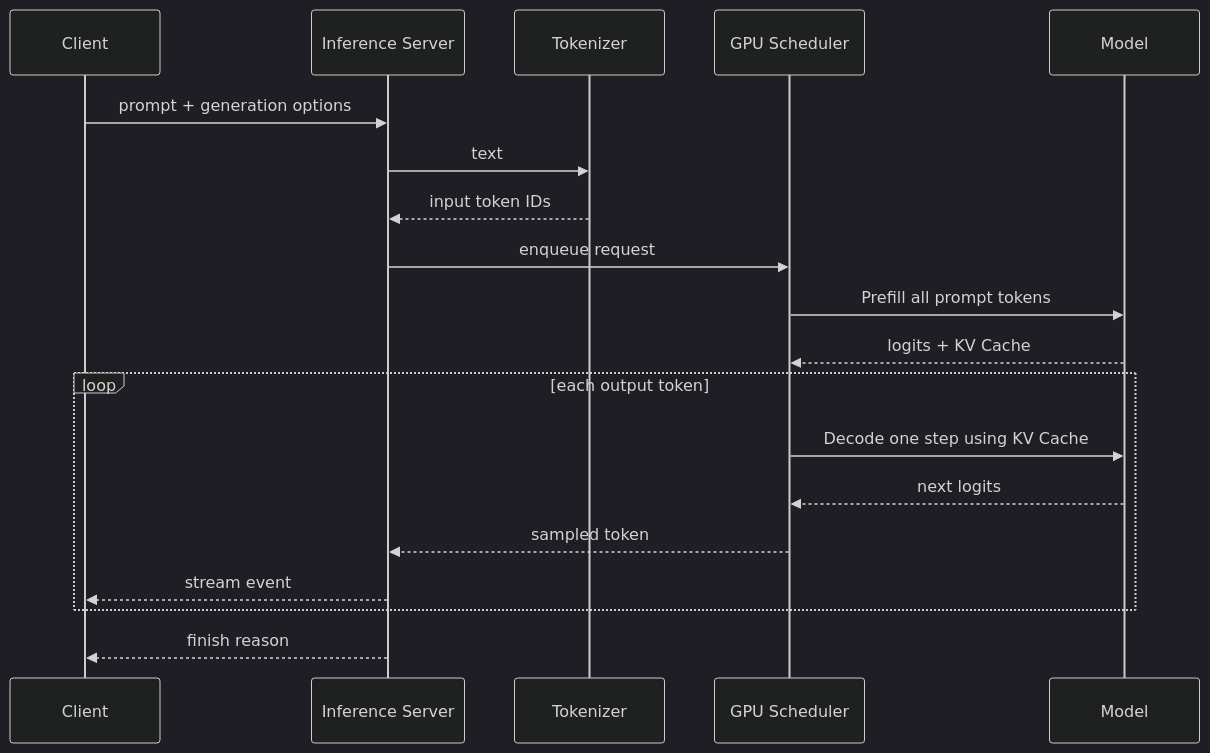
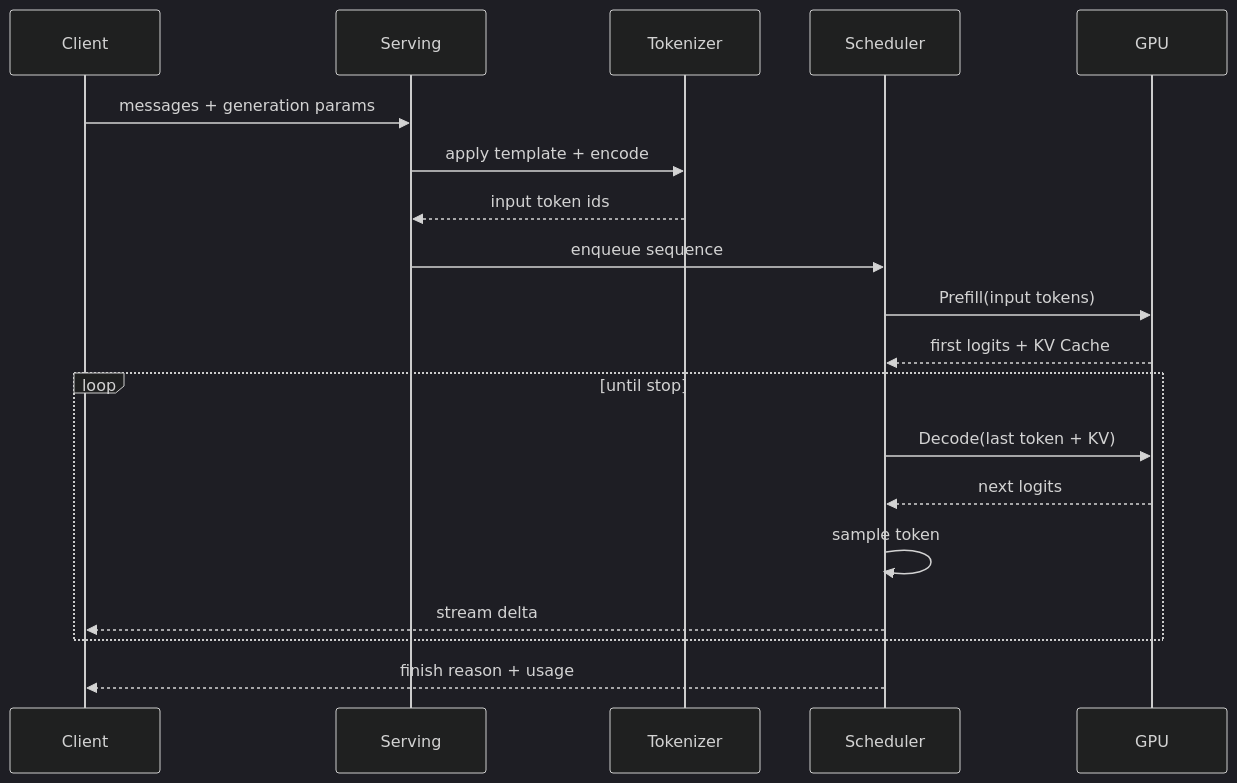
One commit to upJiang/jiang-blog-vitepress changed the diagram in docs/devops/transformer-inference-lifecycle.md. Above: the diagram before and after it, drawn with Mermaid (dark theme). The commit also changed other lines of this file and 425 other files, not shown here.

````diff
--- a/docs/devops/transformer-inference-lifecycle.md
+++ b/docs/devops/transformer-inference-lifecycle.md
@@ -32,21 +34,21 @@
 ```mermaid
 sequenceDiagram
   participant C as Client
-  participant S as Inference Server
+  participant S as Serving
   participant T as Tokenizer
-  participant G as GPU Scheduler
-  participant M as Model
-  C->>S: prompt + generation options
-  S->>T: text
-  T-->>S: input token IDs
-  S->>G: enqueue request
-  G->>M: Prefill all prompt tokens
-  M-->>G: logits + KV Cache
-  loop each output token
-    G->>M: Decode one step using KV Cache
-    M-->>G: next logits
-    G-->>S: sampled token
-    S-->>C: stream event
+  participant Q as Scheduler
+  participant G as GPU
+  C->>S: messages + generation params
+  S->>T: apply template + encode
+  T-->>S: input token ids
+  S->>Q: enqueue sequence
+  Q->>G: Prefill(input tokens)
+  G-->>Q: first logits + KV Cache
+  loop until stop
+    Q->>G: Decode(last token + KV)
+    G-->>Q: next logits
+    Q->>Q: sample token
+    Q-->>C: stream delta
   end
-  S-->>C: finish reason
+  Q-->>C: finish reason + usage
 ```
````
